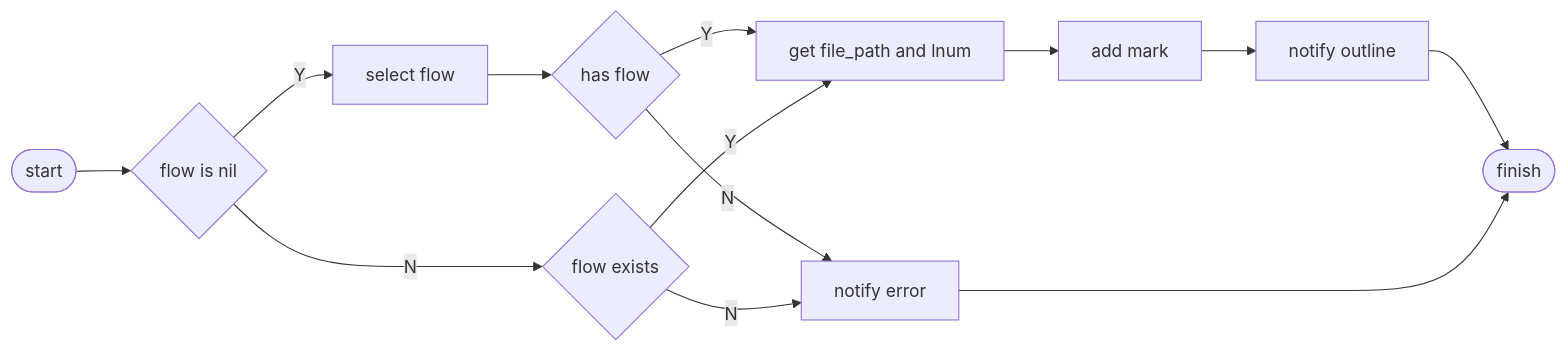
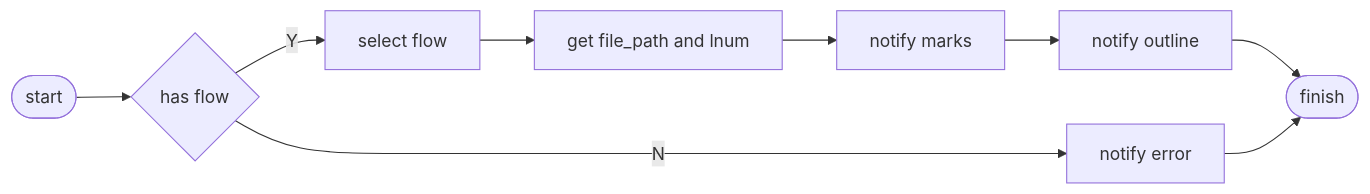
One commit to niuiic/track.nvim changed the seventh of 25 diagrams in DESIGN.md. Above: the diagram before and after it, drawn with Mermaid. The commit also changed other lines of this file and 6 other files, not shown here.

````diff
--- a/DESIGN.md
+++ b/DESIGN.md
@@ -67,27 +146,19 @@
 ```mermaid
 flowchart LR
-    start([start]) --> n1
-
-    n1{flow is nil}
-    n1 --Y--> n2
-    n1 --N--> n3
-
-    n2[select flow] --> n7
+    start([start]) --> n7
 
     n7{has flow}
-    n7 --Y--> n4
+    n7 --Y--> n2
     n7 --N--> error
+
+    n2[select flow] --> n4
 
     n4[get file_path and lnum] --> n5
 
-    n5[add mark] --> n6
+    n5[notify marks] --> n6
 
     n6[notify outline] --> finish
-
-    n3{flow exists}
-    n3 --Y--> n4
-    n3 --N--> error
 
     error[notify error] --> finish
     finish([finish])
 ```
````
